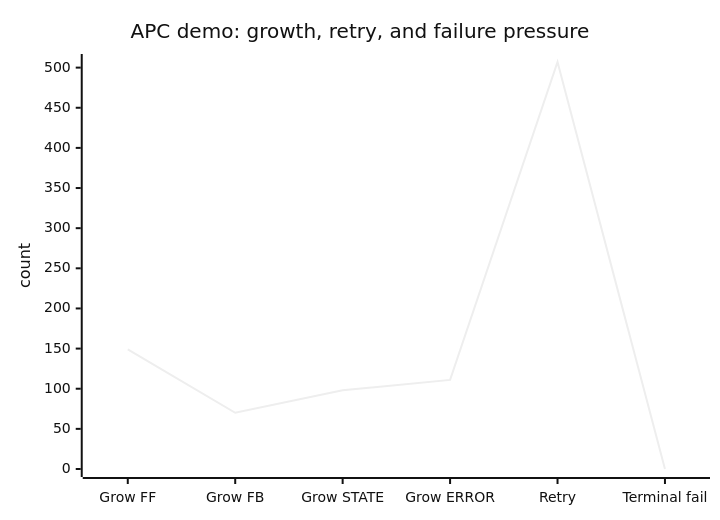
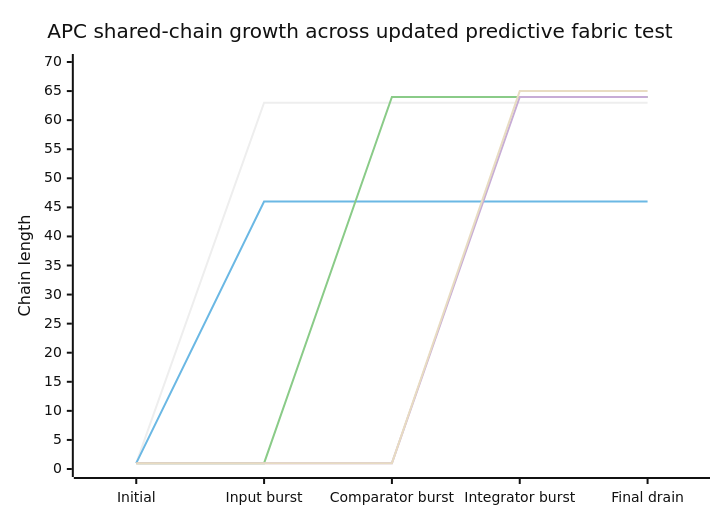
The diagram in readme.md (raf212/Encoded-Silicon-Programming), drawn with Mermaid (neutral theme) before and after one commit. The commit also changed other lines of this file and 6 other files, not shown here.

````diff
--- a/readme.md
+++ b/readme.md
@@ -356,7 +303,11 @@
 ```mermaid
 xychart-beta
-    title "APC demo: growth, retry, and failure pressure"
-    x-axis ["Grow FF", "Grow FB", "Grow STATE", "Grow ERROR", "Retry", "Terminal fail"]
-    y-axis "count" 0 --> 507
-    line [149, 70, 98, 111, 507, 0]
+    title "APC shared-chain growth across updated predictive fabric test"
+    x-axis ["Initial", "Input burst", "Comparator burst", "Integrator burst", "Final drain"]
+    y-axis "Chain length" 0 --> 70
+    line "Sensor" [1, 63, 63, 63, 63]
+    line "Predictor" [1, 46, 46, 46, 46]
+    line "Comparator" [1, 1, 64, 64, 64]
+    line "Integrator" [1, 1, 1, 64, 64]
+    line "Motor" [1, 1, 1, 65, 65]
 ```
````
